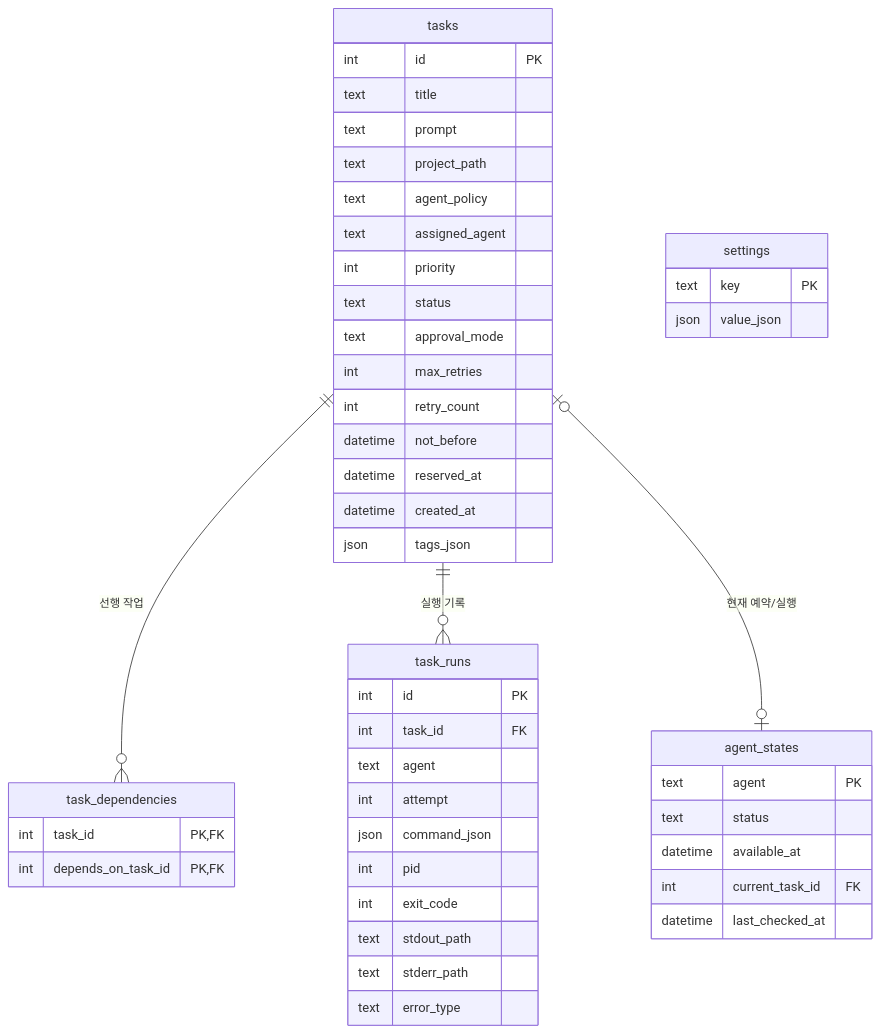
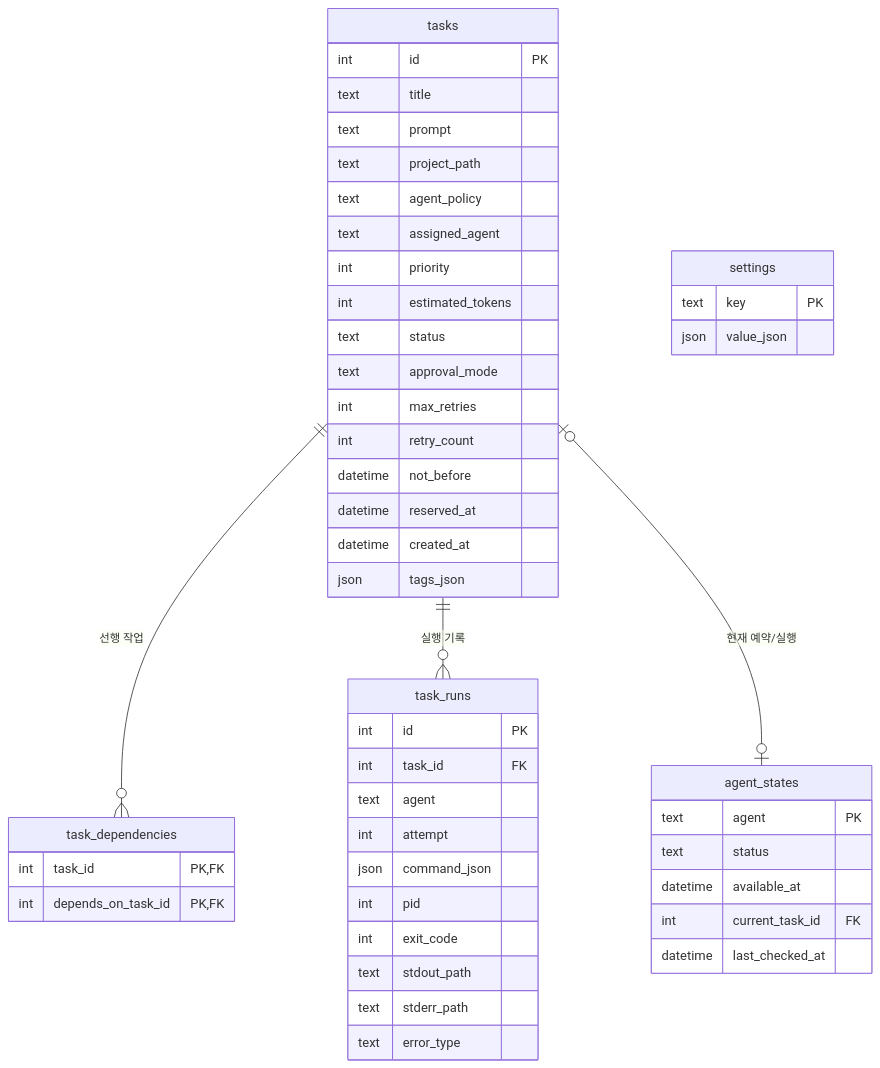
The second of 4 diagrams in ai-queue-runner/docs/ARCHITECTURE.md (jasonwpgml/AQR), drawn with Mermaid before and after one commit. The commit also changed other lines of this file and 32 other files, not shown here.

````diff
--- a/ai-queue-runner/docs/ARCHITECTURE.md
+++ b/ai-queue-runner/docs/ARCHITECTURE.md
@@ -62,51 +64,52 @@
 ```mermaid
 erDiagram
     tasks {
         int id PK
         text title
         text prompt
         text project_path
         text agent_policy
         text assigned_agent
         int priority
+        int estimated_tokens
         text status
         text approval_mode
         int max_retries
         int retry_count
         datetime not_before
         datetime reserved_at
         datetime created_at
         json tags_json
     }
     task_dependencies {
         int task_id PK,FK
         int depends_on_task_id PK,FK
     }
     agent_states {
         text agent PK
         text status
         datetime available_at
         int current_task_id FK
         datetime last_checked_at
     }
     task_runs {
         int id PK
         int task_id FK
         text agent
         int attempt
         json command_json
         int pid
         int exit_code
         text stdout_path
         text stderr_path
         text error_type
     }
     settings {
         text key PK
         json value_json
     }
 
     tasks ||--o{ task_dependencies : "선행 작업"
     tasks ||--o{ task_runs : "실행 기록"
     tasks |o--o| agent_states : "현재 예약/실행"
 ```
````
